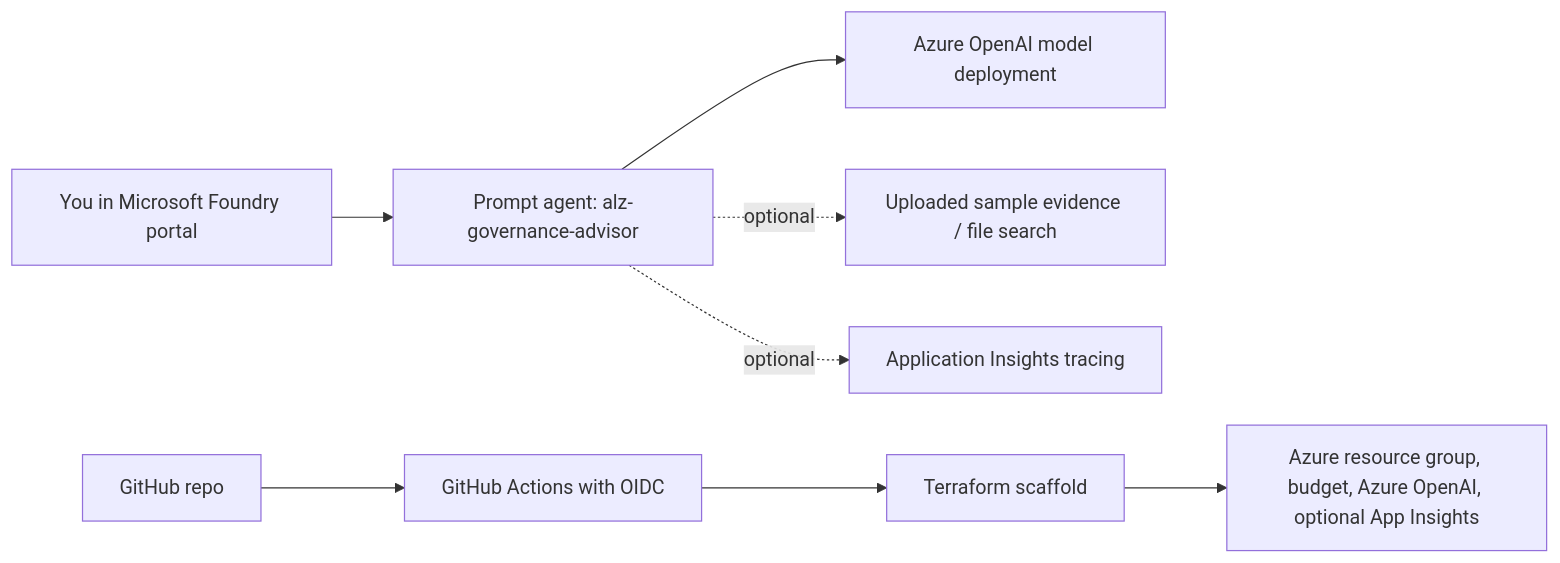
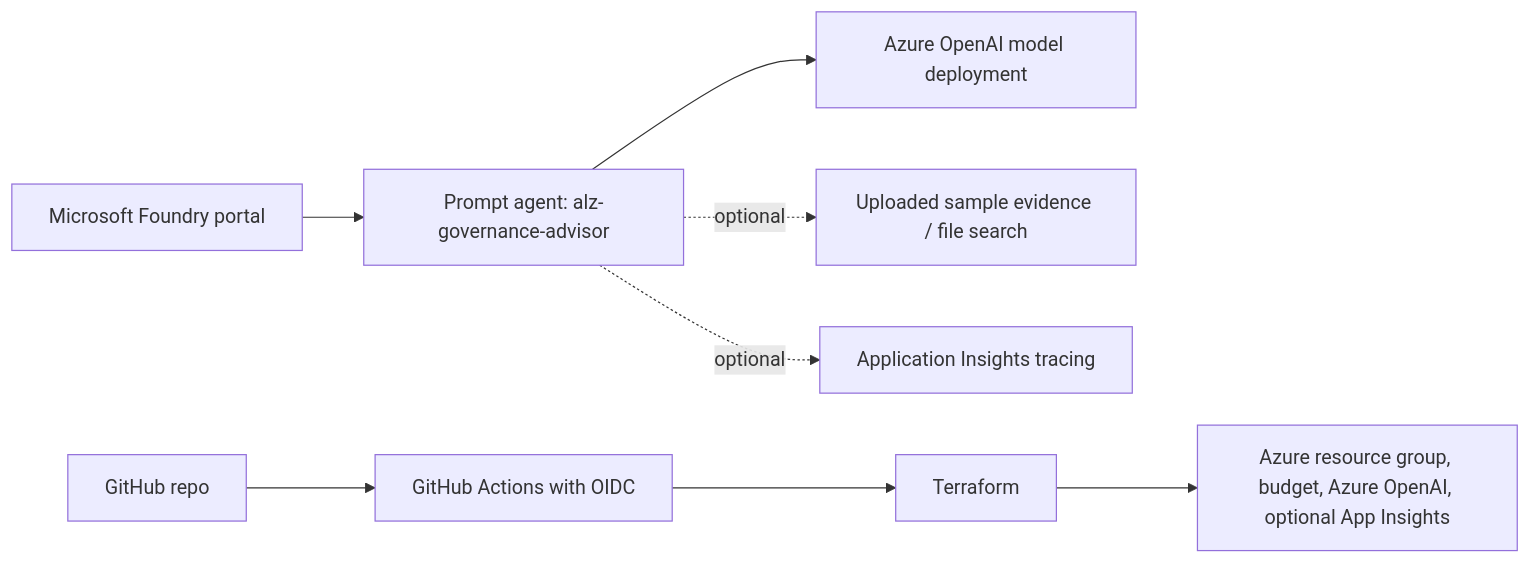
The diagram in Azure AI Solutions/AI Agents/azure-lz-governance-advisor/README.md (jo101c/Mywork), drawn with Mermaid before and after one commit.

Commit message:
edit arch diagram

````diff
--- a/Azure AI Solutions/AI Agents/azure-lz-governance-advisor/README.md
+++ b/Azure AI Solutions/AI Agents/azure-lz-governance-advisor/README.md
@@ -40,10 +40,10 @@
 ```mermaid
 flowchart LR
-    User["You in Microsoft Foundry portal"] --> Agent["Prompt agent: alz-governance-advisor"]
+    User["Microsoft Foundry portal"] --> Agent["Prompt agent: alz-governance-advisor"]
     Agent --> Model["Azure OpenAI model deployment"]
     Agent -. optional .-> Files["Uploaded sample evidence / file search"]
     Agent -. optional .-> Traces["Application Insights tracing"]
     GitHub["GitHub repo"] --> Actions["GitHub Actions with OIDC"]
-    Actions --> Terraform["Terraform scaffold"]
+    Actions --> Terraform["Terraform"]
     Terraform --> Azure["Azure resource group, budget, Azure OpenAI, optional App Insights"]
 ```
````
